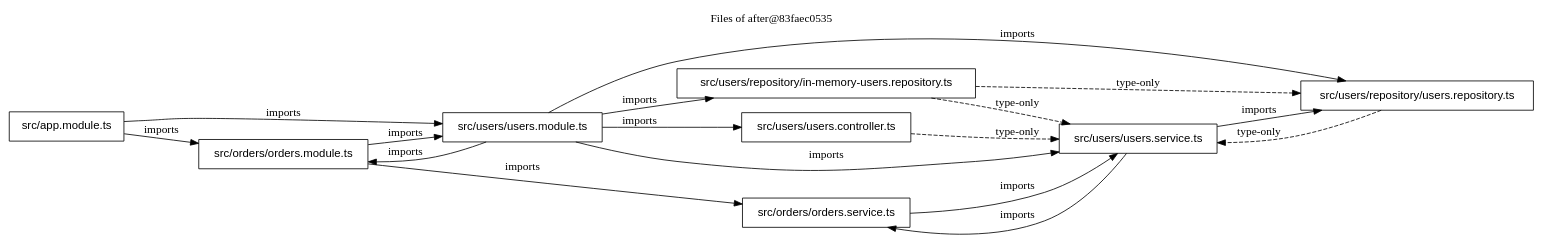
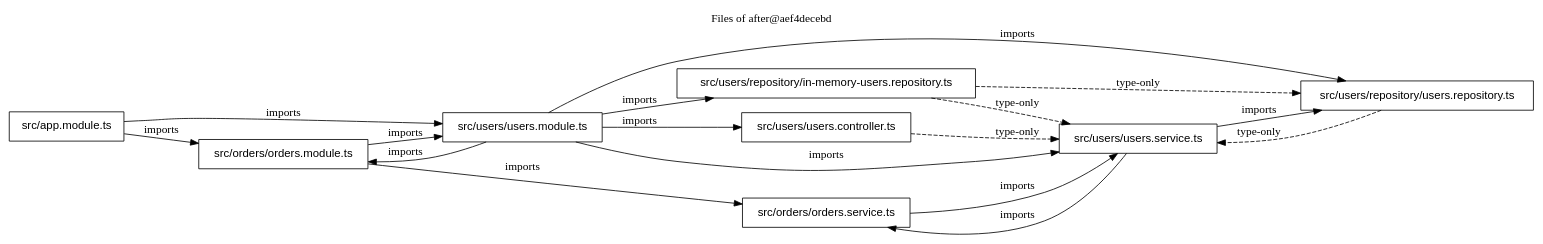
One commit to FullFran/archsieve changed the diagram in examples/nest-shop/files-after.dot. Above: the diagram before and after it, drawn with Graphviz. The commit also changed 26 other files, not shown here.

```diff
--- a/examples/nest-shop/files-after.dot
+++ b/examples/nest-shop/files-after.dot
@@ -1,29 +1,29 @@
 digraph archsieve {
   rankdir=LR;
   node [shape=box, fontname="Helvetica"];
-  label="Files of after@83faec0535"; labelloc=t;
+  label="Files of after@aef4decebd"; labelloc=t;
   "src/app.module.ts" [label="src/app.module.ts"];
   "src/orders/orders.module.ts" [label="src/orders/orders.module.ts"];
   "src/orders/orders.service.ts" [label="src/orders/orders.service.ts"];
   "src/users/repository/in-memory-users.repository.ts" [label="src/users/repository/in-memory-users.repository.ts"];
   "src/users/repository/users.repository.ts" [label="src/users/repository/users.repository.ts"];
   "src/users/users.controller.ts" [label="src/users/users.controller.ts"];
   "src/users/users.module.ts" [label="src/users/users.module.ts"];
   "src/users/users.service.ts" [label="src/users/users.service.ts"];
   "src/app.module.ts" -> "src/orders/orders.module.ts" [label="imports"];
   "src/app.module.ts" -> "src/users/users.module.ts" [label="imports"];
   "src/orders/orders.module.ts" -> "src/orders/orders.service.ts" [label="imports"];
   "src/orders/orders.module.ts" -> "src/users/users.module.ts" [label="imports"];
   "src/orders/orders.service.ts" -> "src/users/users.service.ts" [label="imports"];
   "src/users/repository/in-memory-users.repository.ts" -> "src/users/repository/users.repository.ts" [style=dashed, label="type-only"];
   "src/users/repository/in-memory-users.repository.ts" -> "src/users/users.service.ts" [style=dashed, label="type-only"];
   "src/users/repository/users.repository.ts" -> "src/users/users.service.ts" [style=dashed, label="type-only"];
   "src/users/users.controller.ts" -> "src/users/users.service.ts" [style=dashed, label="type-only"];
   "src/users/users.module.ts" -> "src/orders/orders.module.ts" [label="imports"];
   "src/users/users.module.ts" -> "src/users/repository/in-memory-users.repository.ts" [label="imports"];
   "src/users/users.module.ts" -> "src/users/repository/users.repository.ts" [label="imports"];
   "src/users/users.module.ts" -> "src/users/users.controller.ts" [label="imports"];
   "src/users/users.module.ts" -> "src/users/users.service.ts" [label="imports"];
   "src/users/users.service.ts" -> "src/orders/orders.service.ts" [label="imports"];
   "src/users/users.service.ts" -> "src/users/repository/users.repository.ts" [label="imports"];
 }
```
